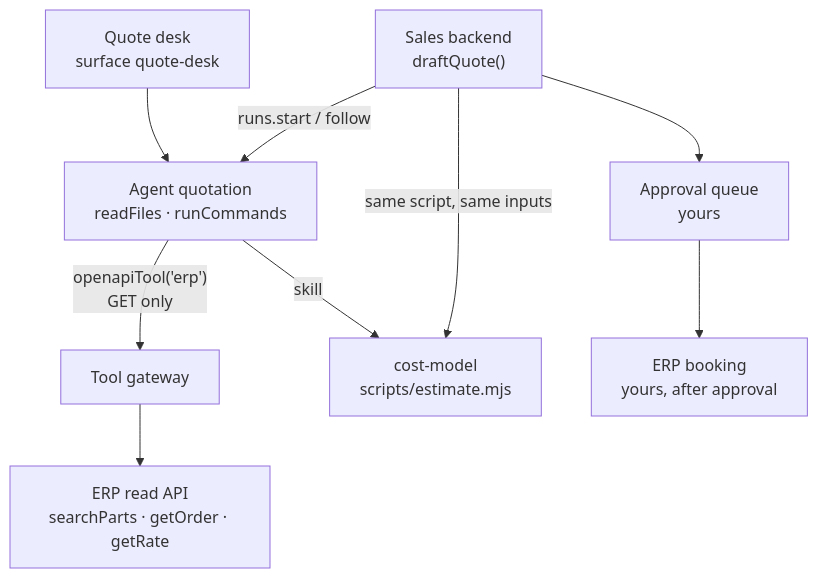
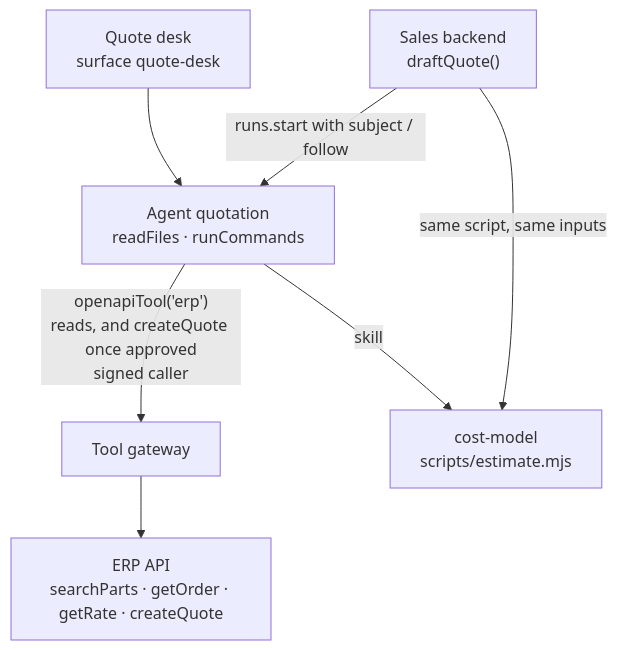
One commit to indxjp/agent-workspace changed the second of 2 diagrams in docs/sdk/site/tutorials/quotation.mdx. Above: the diagram before and after it, drawn with Mermaid. The commit also changed other lines of this file and 2629 other files, not shown here.

````diff
--- a/docs/sdk/site/tutorials/quotation.mdx
+++ b/docs/sdk/site/tutorials/quotation.mdx
@@ -52,9 +67,8 @@
 ```mermaid
 flowchart TD
   D["Quote desk<br/>surface quote-desk"] --> A["Agent quotation<br/>readFiles · runCommands"]
-  B["Sales backend<br/>draftQuote()"] -- "runs.start / follow" --> A
-  A -- "openapiTool('erp')<br/>GET only" --> G["Tool gateway"] --> E["ERP read API<br/>searchParts · getOrder · getRate"]
+  B["Sales backend<br/>draftQuote()"] -- "runs.start with subject / follow" --> A
+  A -- "openapiTool('erp')<br/>reads, and createQuote once approved<br/>signed caller" --> G["Tool gateway"] --> E["ERP API<br/>searchParts · getOrder · getRate · createQuote"]
   A -- "skill" --> S["cost-model<br/>scripts/estimate.mjs"]
   B -- "same script, same inputs" --> S
-  B --> Q["Approval queue<br/>yours"] --> E2["ERP booking<br/>yours, after approval"]
 ```
````
